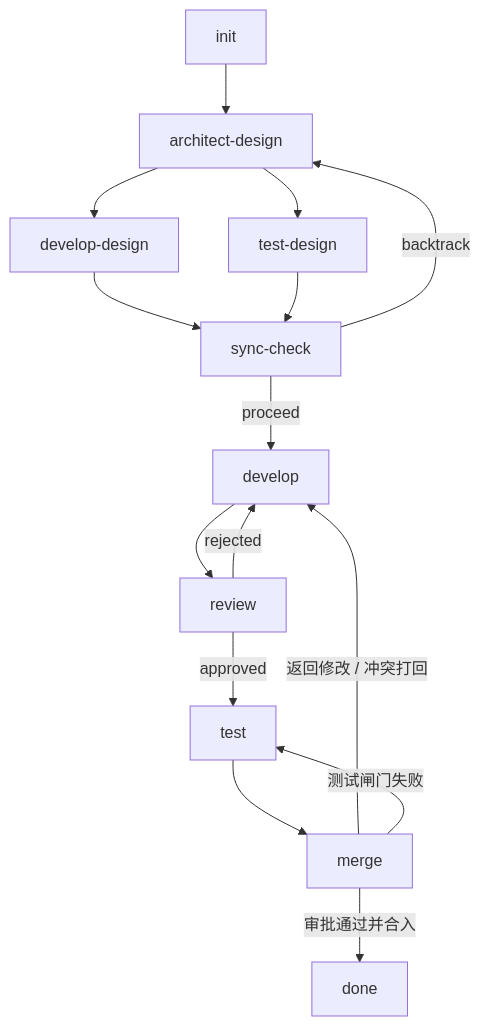
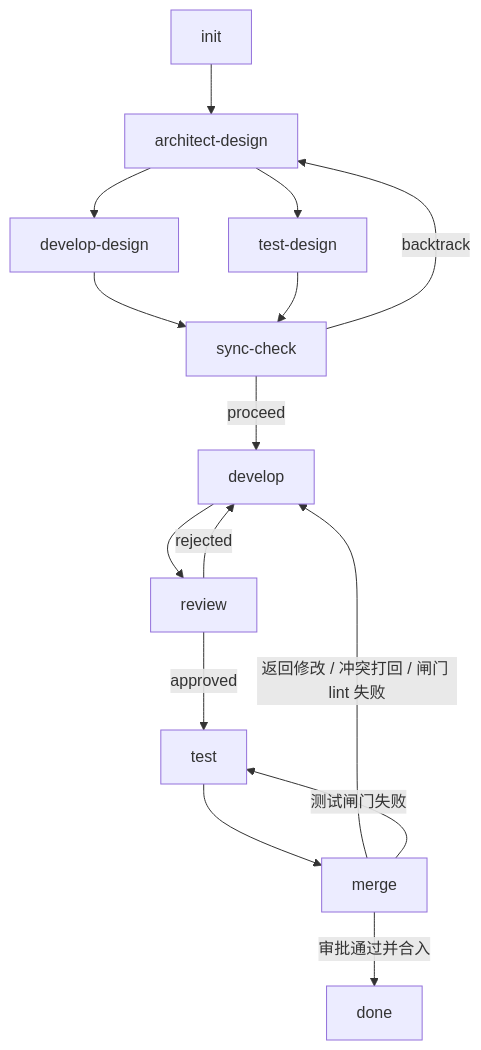
The first of 2 diagrams in docs/overview.md (745846739/AgentPipeline), drawn with Mermaid before and after one commit. The commit also changed other lines of this file and 104 other files, not shown here.

````diff
--- a/docs/overview.md
+++ b/docs/overview.md
@@ -9,21 +9,21 @@
 ```mermaid
 graph TD
     init --> architect-design
     architect-design --> develop-design
     architect-design --> test-design
 
     develop-design --> sync-check
     test-design --> sync-check
 
     sync-check -->|proceed| develop
     sync-check -->|backtrack| architect-design
 
     develop --> review
     review -->|approved| test
     review -->|rejected| develop
 
     test --> merge
     merge -->|审批通过并合入| done
-    merge -->|返回修改 / 冲突打回| develop
+    merge -->|返回修改 / 冲突打回 / 闸门 lint 失败| develop
     merge -->|测试闸门失败| test
 ```
````
